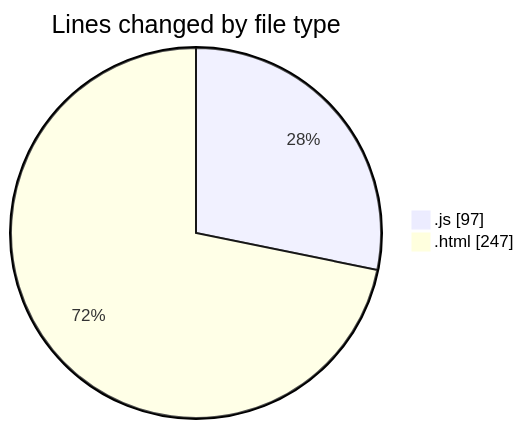
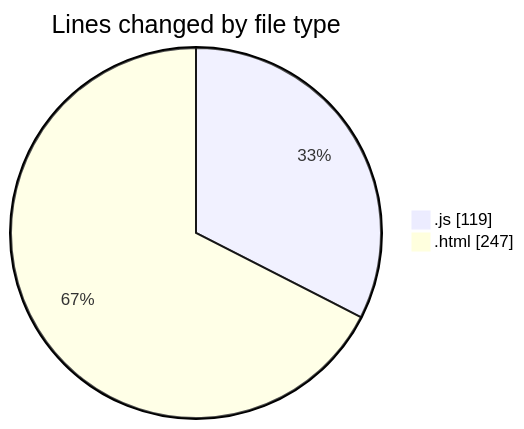
Before and after one commit to Ritupan-Deka/code-tracking: the first of 2 diagrams in 2025-08-15/javascript/README.md, drawn with Mermaid. The commit also changed other lines of this file and 1 other file, not shown here.

````diff
--- a/2025-08-15/javascript/README.md
+++ b/2025-08-15/javascript/README.md
@@ -22,6 +22,6 @@
 ```mermaid
 pie showData
 title Lines changed by file type
-".js" : 97
+".js" : 119
 ".html" : 247
 ```
````
